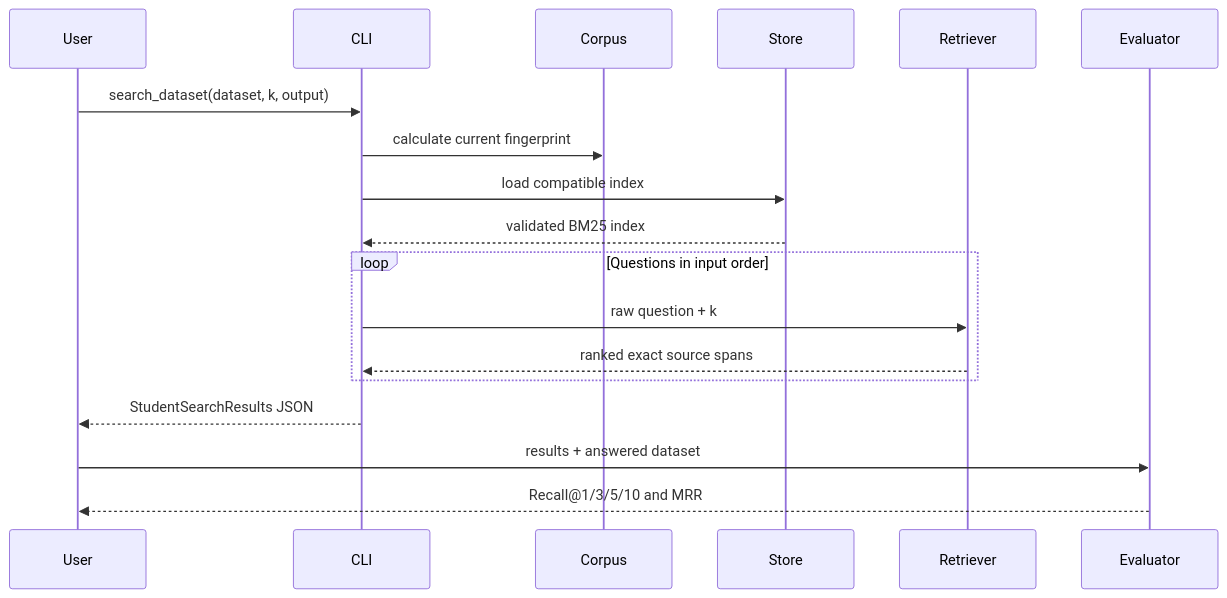
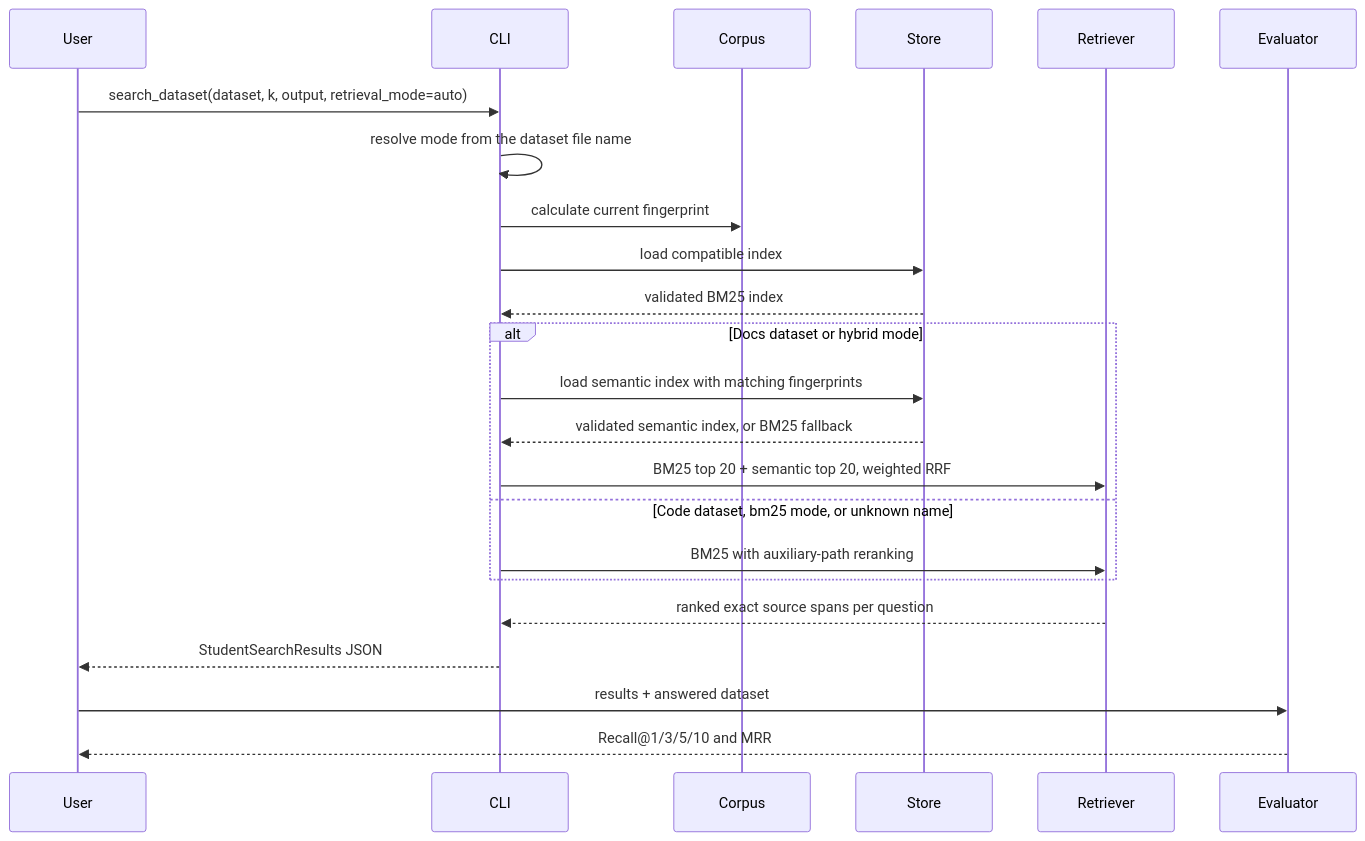
Before and after one commit to MariiaLagutina/RAG: the third of 6 diagrams in docs/architecture.md, drawn with Mermaid. The commit also changed other lines of this file and 2 other files, not shown here.

Commit message:
docs: describe hybrid Docs routing and documentation-only semantic indexing

````diff
--- a/docs/architecture.md
+++ b/docs/architecture.md
@@ -107,21 +130,26 @@
 ```mermaid
 sequenceDiagram
     participant User
     participant CLI
     participant Corpus
     participant Store
     participant Retriever
     participant Evaluator
 
-    User->>CLI: search_dataset(dataset, k, output)
+    User->>CLI: search_dataset(dataset, k, output, retrieval_mode=auto)
+    CLI->>CLI: resolve mode from the dataset file name
     CLI->>Corpus: calculate current fingerprint
     CLI->>Store: load compatible index
     Store-->>CLI: validated BM25 index
-    loop Questions in input order
-        CLI->>Retriever: raw question + k
-        Retriever-->>CLI: ranked exact source spans
+    alt Docs dataset or hybrid mode
+        CLI->>Store: load semantic index with matching fingerprints
+        Store-->>CLI: validated semantic index, or BM25 fallback
+        CLI->>Retriever: BM25 top 20 + semantic top 20, weighted RRF
+    else Code dataset, bm25 mode, or unknown name
+        CLI->>Retriever: BM25 with auxiliary-path reranking
     end
+    Retriever-->>CLI: ranked exact source spans per question
     CLI-->>User: StudentSearchResults JSON
     User->>Evaluator: results + answered dataset
     Evaluator-->>User: Recall@1/3/5/10 and MRR
 ```
````
